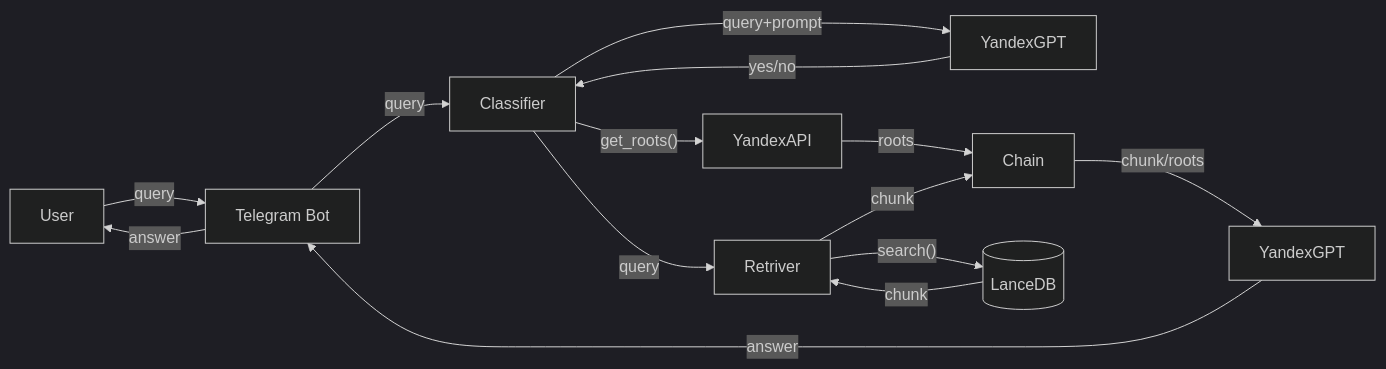
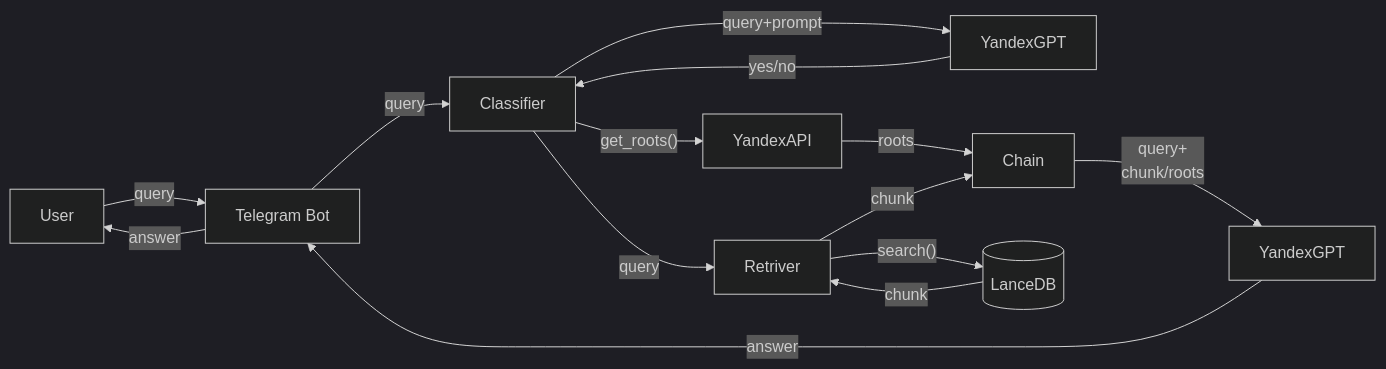
One commit to YurDuiachenko/readme-yandex changed the second of 2 diagrams in README.md. Above: the diagram before and after it, drawn with Mermaid (dark theme). The commit also changed other lines of this file, not shown here.

````diff
--- a/README.md
+++ b/README.md
@@ -173,16 +173,17 @@
 ```mermaid
 flowchart LR
     User--query--> TGbot[Telegram Bot]
     TGbot[Telegram Bot]--query--> Classifier
     Ya1[YandexGPT] --yes/noo--> Classifier
     Classifier --query+prompt--> Ya1[YandexGPT]
     Classifier--query--> Retriver 
     Classifier--get_roots()--> YandexAPI
     YandexAPI --roots--> Chain
     Retriver -- search()--> LanceDB[(LanceDB)]
     LanceDB[(LanceDB)]--chunk--> Retriver
     Retriver --chunk--> Chain
-    Chain --chunk/roots--> YandexGPT
+    Chain --"query+
+    chunk/roots"--> YandexGPT
     YandexGPT --answer--> TGbot[Telegram Bot]
     TGbot[Telegram Bot] --answer--> User
 ```
````
